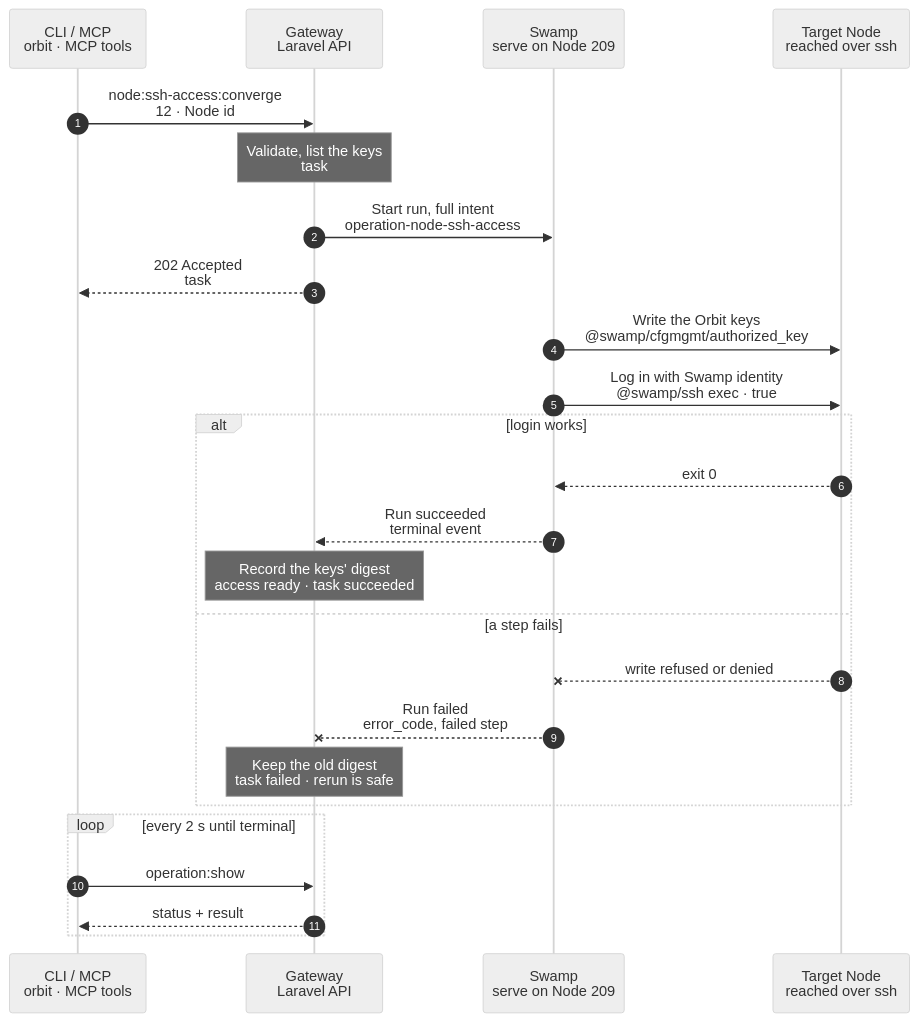
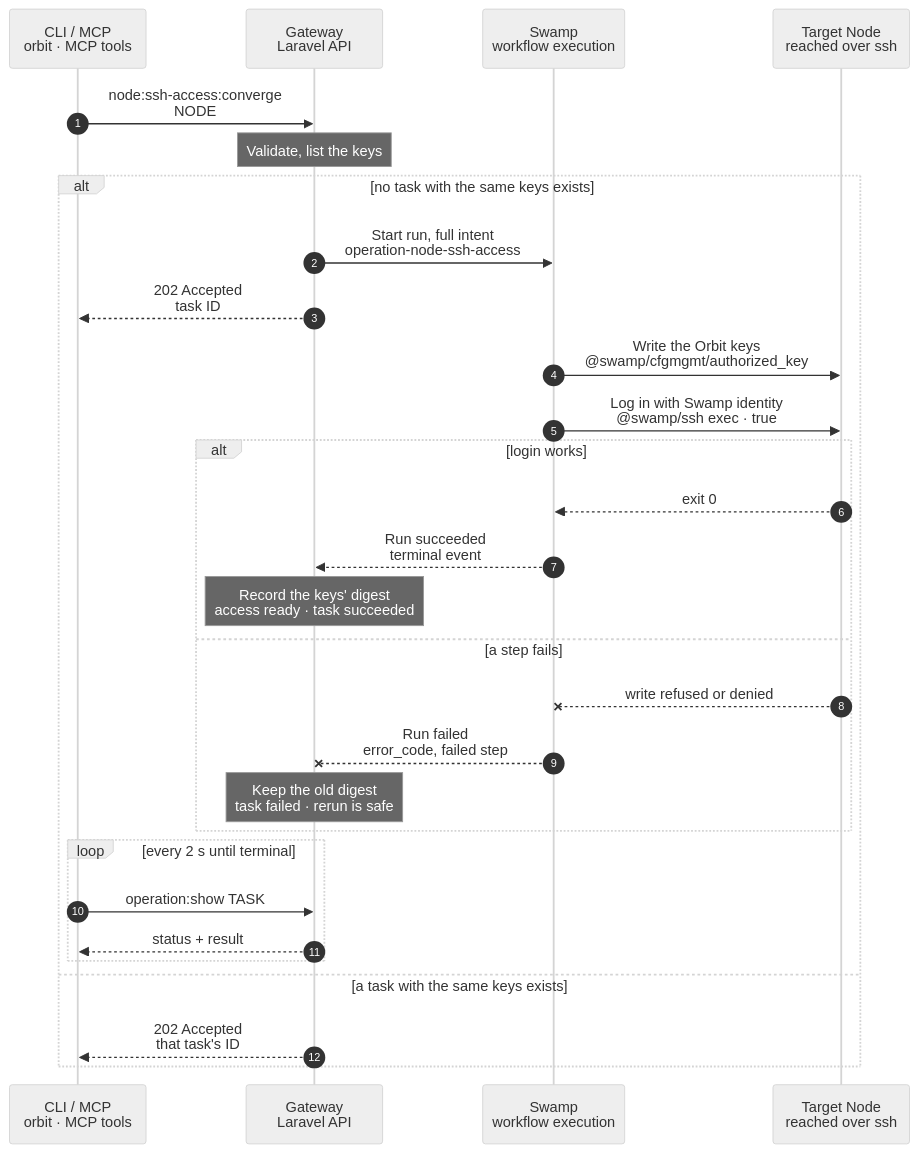
One commit to hardimpactdev/orbit changed the diagram in docs/cli/node/ssh-access-converge.mmd. Above: the diagram before and after it, drawn with Mermaid (neutral theme). The commit also changed 1 other file, not shown here.

Commit message:
docs(node): node:ssh-access:converge chart and cases are ready

```diff
--- a/docs/cli/node/ssh-access-converge.mmd
+++ b/docs/cli/node/ssh-access-converge.mmd
@@ -1,101 +1,107 @@
 sequenceDiagram
   %% Target design: ADR 0244 task, DECISIONS R2-R4 and 5 (one swamp-role SSH identity); Orbit only adds its own keys and never rewrites authorized_keys (Nov 1 incident); flow-tighten rule 22.
-  %% status: draft
+  %% status: reviewed
   %% command: node:ssh-access:converge
   %% kind: node.ssh_access_converge
   autonumber
   %% lane CLI icon=terminal pill=caller tone=gray
   %% lane GW icon=gateway pill=intent tone=blue
   %% lane SW icon=workflow pill=executes tone=green
   %% lane N icon=server pill=target tone=amber
   participant CLI as CLI / MCP<br/>orbit · MCP tools
   participant GW as Gateway<br/>Laravel API
-  participant SW as Swamp<br/>serve on Node 209
+  participant SW as Swamp<br/>workflow execution
   participant N as Target Node<br/>reached over ssh
-  CLI->>GW: node:ssh-access:converge<br/>12 · Node id
+  CLI->>GW: node:ssh-access:converge<br/>NODE
   %%> Command:
-  %%> - MCP tool `node-ssh-access-converge` with node `12`; API `POST /nodes/12/ssh-access/converge`
+  %%> - MCP tool `node-ssh-access-converge` with the Node ID; API `POST /nodes/{node}/ssh-access/converge`
   %%> - syntax: `<node>`
   %%> Input:
   %%> - the Node only; the keys come from Orbit's records, never from the request
   %%> What it does:
-  %%> - makes Node 12's managed account accept the Swamp Node's SSH identity and the operator keys recorded in Orbit
+  %%> - makes the target's managed account accept the Swamp Node's SSH identity, and the operator keys once Orbit records them
   %%> - keeps every other key in `authorized_keys` exactly as it is
   %%> Who can call it:
   %%> - the MCP tool and the API; the `orbit` CLI has no command for it yet
-  Note over GW: Validate, list the keys<br/>task #5133 · Node 12
+  Note over GW: Validate, list the keys
   %%> Requirements:
-  %%> - your Node has an access grant to Node 12
-  %%> - Node 12 is an active, managed Linux Node with stored SSH host keys
+  %%> - the calling Node has an access grant to the target Node
+  %%> - the target is an active, managed Linux Node with stored SSH host keys (`operation.kind_unavailable`)
   %%> - its managed account is not `root`
-  %%> - no other SSH access change runs for Node 12; the Gateway holds one lock per Node
+  %%> - no other SSH access change runs for the target; the Gateway holds one lock per Node (`operation.target_busy`)
   %%> Builds:
-  %%> - Orbit's keys: the `swamp` role's public key from Node 209, then each operator key recorded in Orbit, in a stable order
-  %%> - their digest
+  %%> - Orbit's keys: the `swamp` role's public key, then each operator key recorded in Orbit (none yet), in a stable order
+  %%> - the digest of the target (host, user, port, host keys) plus those keys
   %%> Reuse:
-  %%> - a succeeded or running task with the same digest for Node 12 is returned instead of a new one
+  %%> - a queued or running task with the same digest for the target is returned instead of a new one; a succeeded task is not reused, so a key removed by hand is restored by the next call
   %%> Result:
-  %%> - task #5133 recorded with the full intent; no private key in it
-  GW->>SW: Start run, full intent<br/>operation-node-ssh-access
-  %%> What it does:
-  %%> - starts one Swamp run on serve (Node 209)
-  %%> Inputs:
-  %%> - Orbit's keys and their digest, and the managed account
-  %%> - Node 12's address and SSH host keys; the SSH identity comes from the `swamp` role
-  GW-->>CLI: 202 Accepted<br/>task #5133
-  %%> What you get:
-  %%> - the task number, at once
-  %%> Next:
-  %%> - the CLI follows the task with `operation:show`
-  SW->>N: Write the Orbit keys<br/>@swamp/cfgmgmt/authorized_key
-  %%> What it does:
-  %%> - adds each of Orbit's keys to the managed account's `authorized_keys` when it is missing, one behavior per key
-  %%> Never:
-  %%> - removes, reorders or changes another line, so operator keys Orbit does not manage keep their access
-  %%> How:
-  %%> - the official `@swamp/cfgmgmt/authorized_key` behavior over SSH from 209, as the managed account
-  %%> Not included:
-  %%> - a Node that does not accept the `swamp` role identity yet; Node bootstrap adds that first key
-  SW->>N: Log in with Swamp identity<br/>@swamp/ssh exec · true
-  %%> What it does:
-  %%> - opens a new SSH session with the `swamp` role identity only, and runs `true`
-  %%> Returns:
-  %%> - the end check; the Gateway reads it from Swamp's run data
-  %%> Why:
-  %%> - access only counts as ready when the Swamp identity really logs in
-  alt login works
-    N-->>SW: exit 0
+  %%> - a task is recorded with the full intent; no private key in it
+  alt no task with the same keys exists
+    GW->>SW: Start run, full intent<br/>operation-node-ssh-access
+    %%> What it does:
+    %%> - starts one Swamp run
+    %%> Inputs:
+    %%> - Orbit's keys and their digest, and the managed account
+    %%> - the target's address and SSH host keys; the SSH identity comes from the `swamp` role
+    GW-->>CLI: 202 Accepted<br/>task ID
+    %%> What you get:
+    %%> - the task ID, at once
+    %%> Next:
+    %%> - the CLI follows the task with `operation:show`
+    SW->>N: Write the Orbit keys<br/>@swamp/cfgmgmt/authorized_key
+    %%> What it does:
+    %%> - adds each of Orbit's keys to the managed account's `authorized_keys` when it is missing, one behavior per key
+    %%> Never:
+    %%> - removes, reorders or changes another line, so operator keys Orbit does not manage keep their access
+    %%> How:
+    %%> - the official `@swamp/cfgmgmt/authorized_key` behavior over SSH, as the managed account
+    %%> Not included:
+    %%> - a Node that does not accept the `swamp` role identity yet; Node bootstrap adds that first key
+    SW->>N: Log in with Swamp identity<br/>@swamp/ssh exec · true
+    %%> What it does:
+    %%> - opens a new SSH session with the `swamp` role identity only, and runs `true`
     %%> Returns:
-    %%> - every check passed
-    SW-->>GW: Run succeeded<br/>terminal event
-    %%> How the Gateway learns it:
-    %%> - its shared run reader sees the terminal event; Swamp never calls the Gateway
-    Note over GW: Record the keys' digest<br/>access ready · task succeeded
-    %%> Result:
-    %%> - Node 12's SSH access digest is the digest of Orbit's keys
-    %%> - task #5133 succeeds
-  else a step fails
-    N--xSW: write refused or denied
-    %%> When:
-    %%> - a key cannot be added, or the Swamp identity is refused
-    SW--xGW: Run failed<br/>error_code, failed step
-    %%> The Gateway reads:
-    %%> - which step failed and its error code
-    Note over GW: Keep the old digest<br/>task failed · rerun is safe
-    %%> Result:
-    %%> - Node 12's recorded SSH access stays as it was
-    %%> - task #5133 fails
-    %%> On the Node:
-    %%> - added keys stay; there is no rollback
-    %%> - other keys are never touched, so operator access stays
-    %%> Retry:
-    %%> - run the same command again after fixing the cause; keys already there are left as they are
+    %%> - the end check; the Gateway reads it from Swamp's run data
+    %%> Why:
+    %%> - access only counts as ready when the Swamp identity really logs in
+    alt login works
+      N-->>SW: exit 0
+      %%> Returns:
+      %%> - every check passed
+      SW-->>GW: Run succeeded<br/>terminal event
+      %%> How the Gateway learns it:
+      %%> - its shared run reader sees the terminal event; Swamp never calls the Gateway
+      Note over GW: Record the keys' digest<br/>access ready · task succeeded
+      %%> Result:
+      %%> - the target's SSH access digest is the digest of Orbit's keys
+      %%> - the task succeeds
+    else a step fails
+      N--xSW: write refused or denied
+      %%> When:
+      %%> - a key cannot be added, the Swamp identity is refused at the write step, or the login check fails
+      SW--xGW: Run failed<br/>error_code, failed step
+      %%> The Gateway reads:
+      %%> - which step failed and its error code
+      Note over GW: Keep the old digest<br/>task failed · rerun is safe
+      %%> Result:
+      %%> - the target's recorded SSH access stays as it was
+      %%> - the task fails
+      %%> On the Node:
+      %%> - added keys stay; there is no rollback; a cancelled, interrupted or timed-out run ends the same way
+      %%> - other keys are never touched, so operator access stays
+      %%> Retry:
+      %%> - run the same command again after fixing the cause; keys already there are left as they are
+    end
+    loop every 2 s until terminal
+      CLI->>GW: operation:show TASK
+      %%> What it does:
+      %%> - asks for the task's status every 2 seconds until it has ended
+      GW-->>CLI: status + result
+      %%> Returns:
+      %%> - the current status, and the result once the task has ended
+    end
+  else a task with the same keys exists
+    GW-->>CLI: 202 Accepted<br/>that task's ID
+    %%> Reuse:
+    %%> - a queued or running task with the same digest is returned instead of a new run, and nothing is sent to the Node
   end
-  loop every 2 s until terminal
-    CLI->>GW: operation:show #5133
-    %%> What it does:
-    %%> - asks for the task's status every 2 seconds until it has ended
-    GW-->>CLI: status + result
-    %%> Returns:
-    %%> - the current status, and the result once the task has ended
-  end
```
